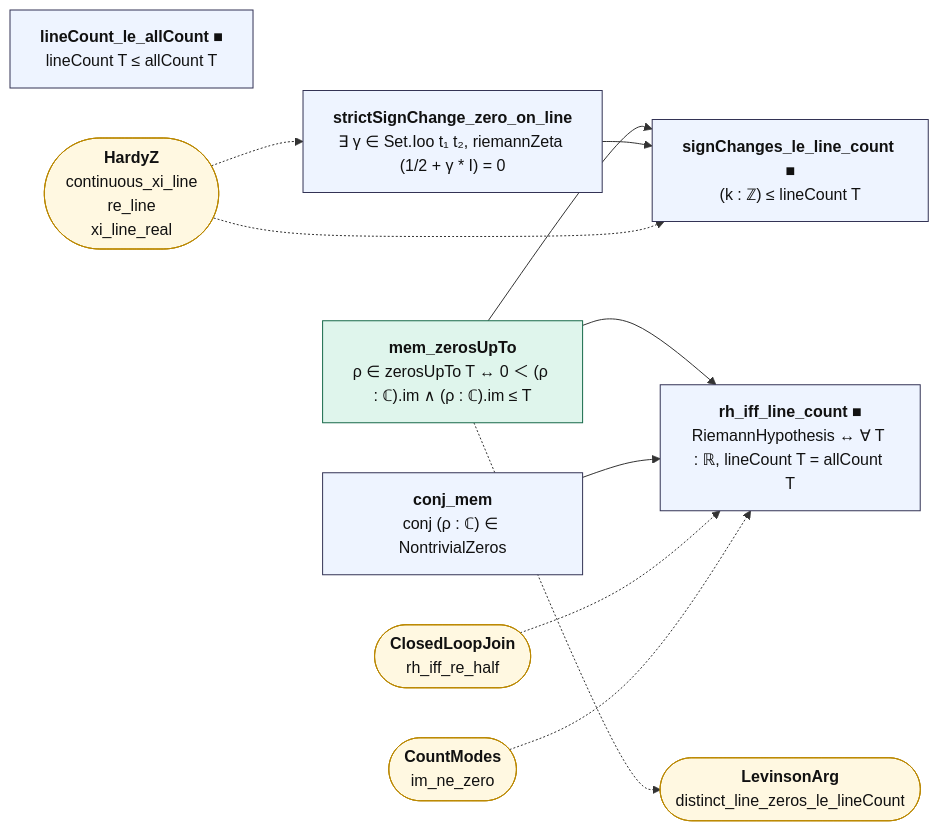
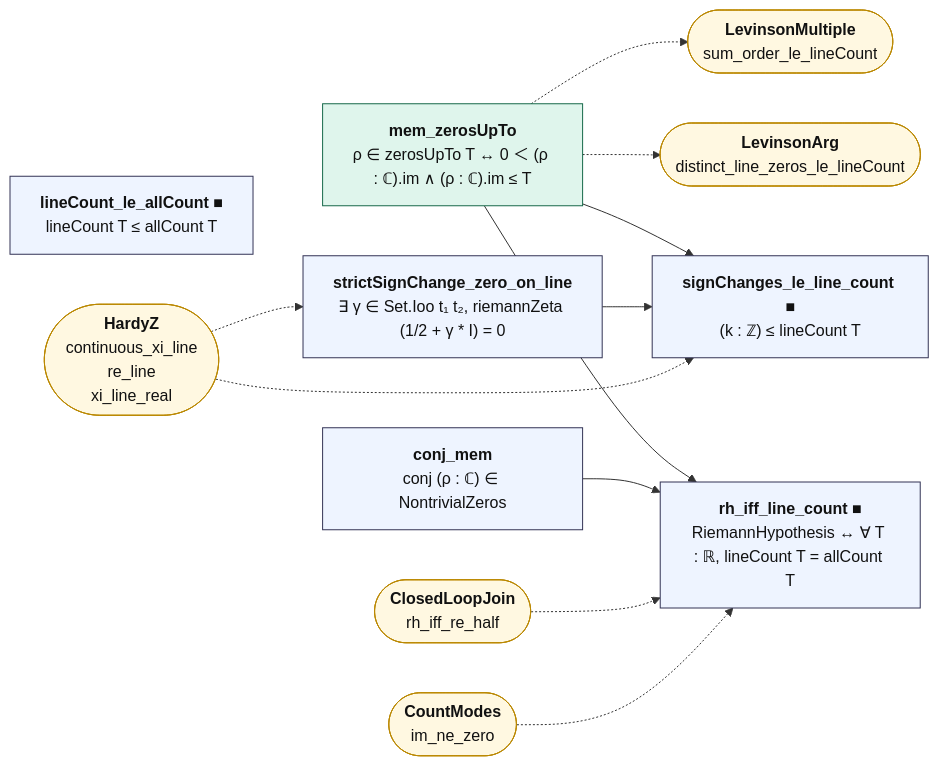
The diagram in map/lean_stage3/LineCount.md (juliansambranojr/Primebeat_081426), drawn with Mermaid before and after one commit. The commit also changed other lines of this file and 39 other files, not shown here.

````diff
--- a/map/lean_stage3/LineCount.md
+++ b/map/lean_stage3/LineCount.md
@@ -14,30 +14,32 @@
 ```mermaid
 flowchart LR
   n0["<b>mem_zerosUpTo</b><br/>ρ ∈ zerosUpTo T ↔ 0 ＜ (ρ : ℂ).im ∧ (ρ : ℂ).im ≤ T"]:::cnt
   n1["<b>strictSignChange_zero_on_line</b><br/>∃ γ ∈ Set.Ioo t₁ t₂, riemannZeta (1/2 + γ * I) = 0"]:::thm
   n2["<b>conj_mem</b><br/>conj (ρ : ℂ) ∈ NontrivialZeros"]:::thm
   n3["<b>lineCount_le_allCount ■</b><br/>lineCount T ≤ allCount T"]:::thm
   n4["<b>rh_iff_line_count ■</b><br/>RiemannHypothesis ↔ ∀ T : ℝ, lineCount T = allCount T"]:::thm
   n5["<b>signChanges_le_line_count ■</b><br/>(k : ℤ) ≤ lineCount T"]:::thm
   x0(["<b>LevinsonArg</b><br/>distinct_line_zeros_le_lineCount"]):::ext
-  x1(["<b>HardyZ</b><br/>continuous_xi_line<br/>re_line<br/>xi_line_real"]):::ext
-  x2(["<b>ClosedLoopJoin</b><br/>rh_iff_re_half"]):::ext
-  x3(["<b>CountModes</b><br/>im_ne_zero"]):::ext
+  x1(["<b>LevinsonMultiple</b><br/>sum_order_le_lineCount"]):::ext
+  x2(["<b>HardyZ</b><br/>continuous_xi_line<br/>re_line<br/>xi_line_real"]):::ext
+  x3(["<b>ClosedLoopJoin</b><br/>rh_iff_re_half"]):::ext
+  x4(["<b>CountModes</b><br/>im_ne_zero"]):::ext
   n0 --> n4
   n0 --> n5
   n1 --> n5
   n2 --> n4
   n0 -.-> x0
-  x1 -.-> n1
-  x1 -.-> n5
-  x2 -.-> n4
+  n0 -.-> x1
+  x2 -.-> n1
+  x2 -.-> n5
   x3 -.-> n4
+  x4 -.-> n4
   classDef cnt fill:#dff5ec,stroke:#17694a,color:#111
   classDef shp fill:#f1ecfb,stroke:#5b3fa0,color:#111
   classDef rh fill:#ffe5e5,stroke:#c22,color:#111,stroke-width:2px
   classDef thm fill:#eef4ff,stroke:#335,color:#111
   classDef end_ fill:#e7f7e7,stroke:#2a7,color:#111,stroke-width:2px
   classDef lone fill:#fff,stroke:#999,color:#111,stroke-dasharray:4 3
   classDef bad fill:#ffe5e5,stroke:#c22,color:#111,stroke-width:2px
   classDef ext fill:#fff8e1,stroke:#b80,color:#111
 ```
````
